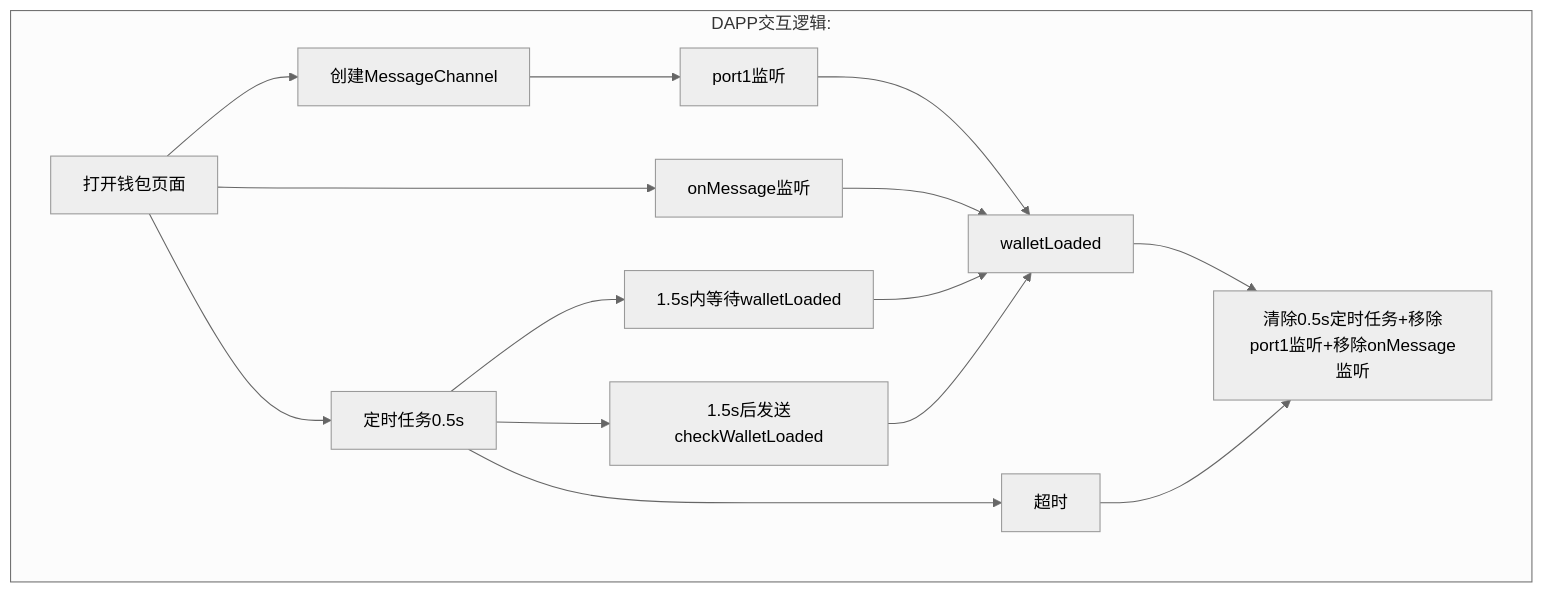
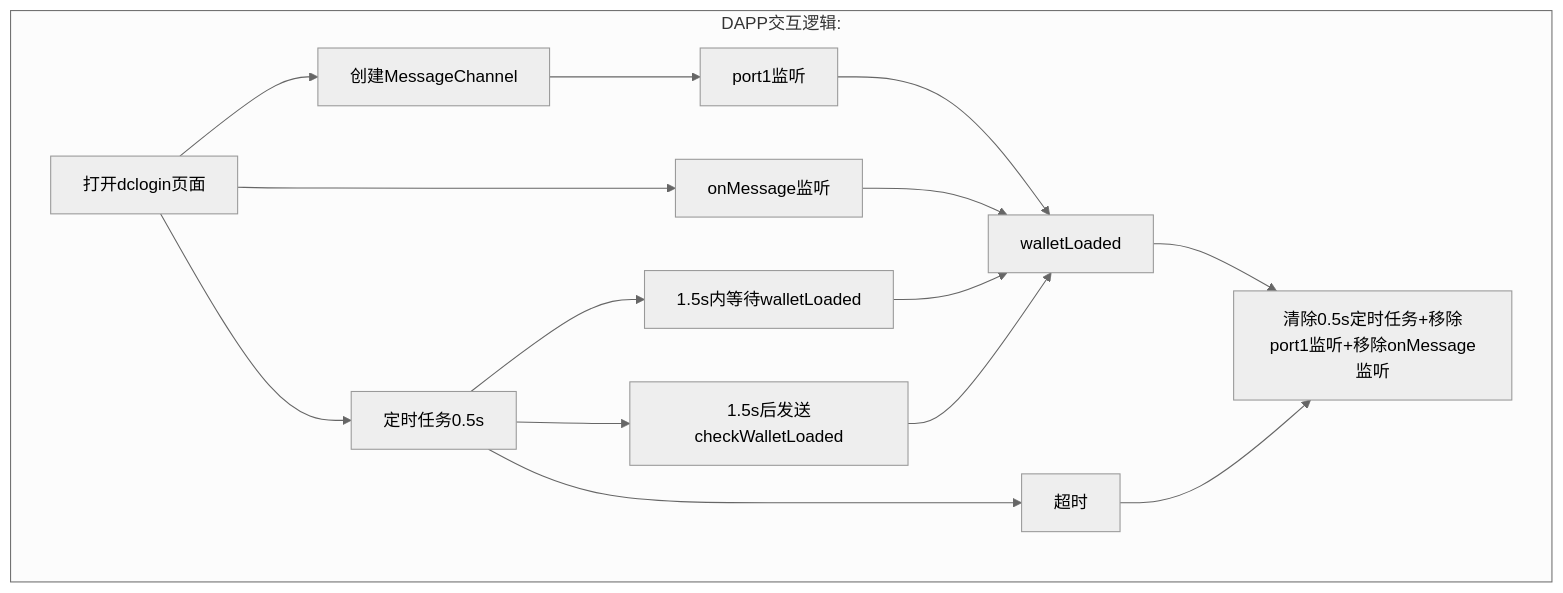
The third of 3 diagrams in DAPP.md (dcnetio/dclogin), drawn with Mermaid (neutral theme) before and after one commit. The commit also changed other lines of this file and 10 other files, not shown here.

````diff
--- a/DAPP.md
+++ b/DAPP.md
@@ -24,12 +25,12 @@
 ```mermaid
 graph TD
 subgraph DAPP交互逻辑:
-打开钱包页面 --> 创建MessageChannel --> port1监听 --> walletLoaded
-打开钱包页面 --> onMessage监听 --> walletLoaded
-打开钱包页面 --> 定时任务0.5s
+打开dclogin页面 --> 创建MessageChannel --> port1监听 --> walletLoaded
+打开dclogin页面 --> onMessage监听 --> walletLoaded
+打开dclogin页面 --> 定时任务0.5s
 定时任务0.5s --> 1.5s内等待walletLoaded --> walletLoaded
 定时任务0.5s --> 1.5s后发送checkWalletLoaded --> walletLoaded
 定时任务0.5s --> 超时 --> 清除0.5s定时任务+移除port1监听+移除onMessage监听
 walletLoaded --> 清除0.5s定时任务+移除port1监听+移除onMessage监听
 end
 ```
````
